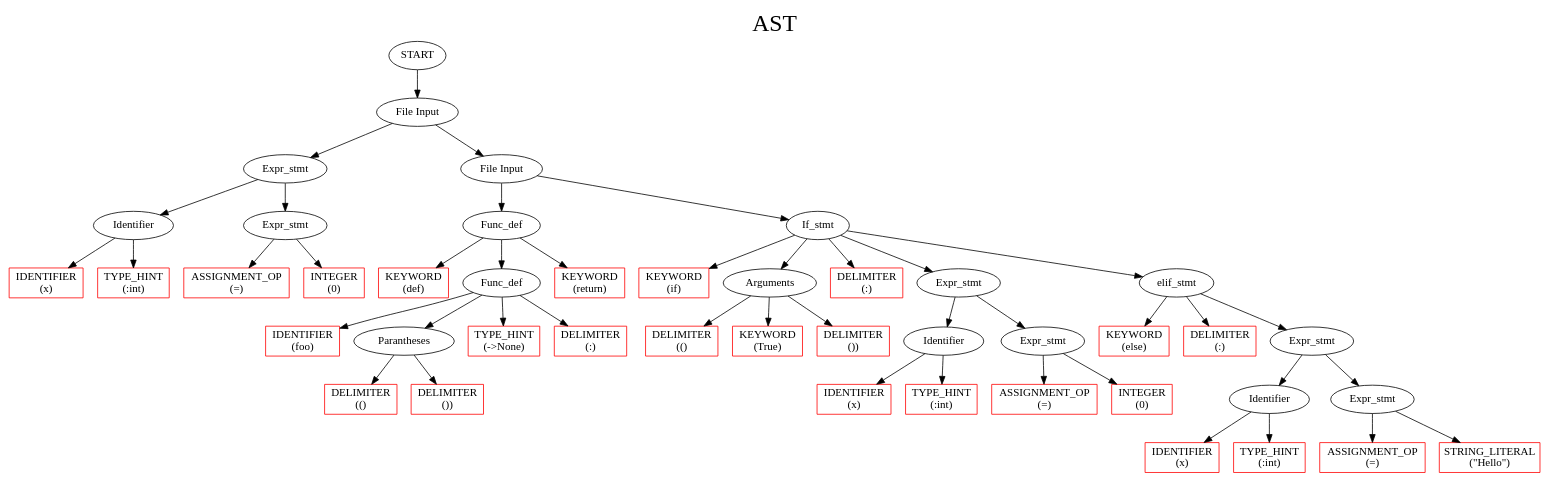
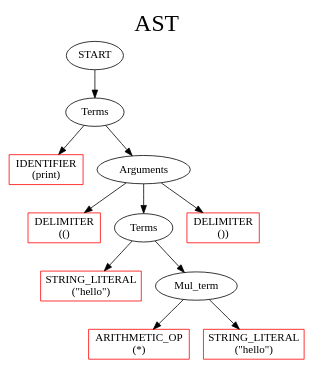
Before and after one commit to depanshu357/CS335-Compiler: the diagram in output.dot, drawn with Graphviz. The commit also changed 5 other files, not shown here.

```diff
--- a/output.dot
+++ b/output.dot
@@ -1,122 +1,36 @@
 digraph G{
 
 label     = "AST"
 fontname  = "Cascadia code"
 fontsize  = 30
 labelloc  = t
 
 node   [ fontname="Cascadia code" ]
-	126		[ style = solid label = "START"  ];
-	126 -> 125
-	125		[ style = solid label = "File Input"  ];
-	125 -> 26
-	26		[ style = solid label = "Expr_stmt"  ];
-	26 -> 2
-	2		[ style = solid label = "Identifier"  ];
-	2 -> 0
+	32		[ style = solid label = "START"  ];
+	32 -> 20
+	20		[ style = solid label = "Terms"  ];
+	20 -> 0
 	0		[ style = solid label = "IDENTIFIER 
-(x)" color = red shape = rectangle ];
-	2 -> 1
-	1		[ style = solid label = "TYPE_HINT 
-(:int)" color = red shape = rectangle ];
-	26 -> 25
-	25		[ style = solid label = "Expr_stmt"  ];
-	25 -> 3
-	3		[ style = solid label = "ASSIGNMENT_OP 
-(=)" color = red shape = rectangle ];
-	25 -> 14
-	14		[ style = solid label = "INTEGER 
-(0)" color = red shape = rectangle ];
-	125 -> 124
-	124		[ style = solid label = "File Input"  ];
-	124 -> 38
-	38		[ style = solid label = "Func_def"  ];
-	38 -> 28
-	28		[ style = solid label = "KEYWORD 
-(def)" color = red shape = rectangle ];
-	38 -> 35
-	35		[ style = solid label = "Func_def"  ];
-	35 -> 29
-	29		[ style = solid label = "IDENTIFIER 
-(foo)" color = red shape = rectangle ];
-	35 -> 32
-	32		[ style = solid label = "Parantheses"  ];
-	32 -> 30
-	30		[ style = solid label = "DELIMITER 
+(print)" color = red shape = rectangle ];
+	20 -> 18
+	18		[ style = solid label = "Arguments"  ];
+	18 -> 1
+	1		[ style = solid label = "DELIMITER 
 (()" color = red shape = rectangle ];
-	32 -> 31
-	31		[ style = solid label = "DELIMITER 
+	18 -> 10
+	10		[ style = solid label = "Terms"  ];
+	10 -> 2
+	2		[ style = solid label = "STRING_LITERAL 
+(\"hello\")" color = red shape = rectangle ];
+	10 -> 8
+	8		[ style = solid label = "Mul_term"  ];
+	8 -> 3
+	3		[ style = solid label = "ARITHMETIC_OP 
+(*)" color = red shape = rectangle ];
+	8 -> 5
+	5		[ style = solid label = "STRING_LITERAL 
+(\"hello\")" color = red shape = rectangle ];
+	18 -> 6
+	6		[ style = solid label = "DELIMITER 
 ())" color = red shape = rectangle ];
-	35 -> 33
-	33		[ style = solid label = "TYPE_HINT 
-(->None)" color = red shape = rectangle ];
-	35 -> 34
-	34		[ style = solid label = "DELIMITER 
-(:)" color = red shape = rectangle ];
-	38 -> 36
-	36		[ style = solid label = "KEYWORD 
-(return)" color = red shape = rectangle ];
-	124 -> 122
-	122		[ style = solid label = "If_stmt"  ];
-	122 -> 39
-	39		[ style = solid label = "KEYWORD 
-(if)" color = red shape = rectangle ];
-	122 -> 52
-	52		[ style = solid label = "Arguments"  ];
-	52 -> 40
-	40		[ style = solid label = "DELIMITER 
-(()" color = red shape = rectangle ];
-	52 -> 41
-	41		[ style = solid label = "KEYWORD 
-(True)" color = red shape = rectangle ];
-	52 -> 42
-	42		[ style = solid label = "DELIMITER 
-())" color = red shape = rectangle ];
-	122 -> 53
-	53		[ style = solid label = "DELIMITER 
-(:)" color = red shape = rectangle ];
-	122 -> 89
-	89		[ style = solid label = "Expr_stmt"  ];
-	89 -> 65
-	65		[ style = solid label = "Identifier"  ];
-	65 -> 63
-	63		[ style = solid label = "IDENTIFIER 
-(x)" color = red shape = rectangle ];
-	65 -> 64
-	64		[ style = solid label = "TYPE_HINT 
-(:int)" color = red shape = rectangle ];
-	89 -> 88
-	88		[ style = solid label = "Expr_stmt"  ];
-	88 -> 66
-	66		[ style = solid label = "ASSIGNMENT_OP 
-(=)" color = red shape = rectangle ];
-	88 -> 77
-	77		[ style = solid label = "INTEGER 
-(0)" color = red shape = rectangle ];
-	122 -> 121
-	121		[ style = solid label = "elif_stmt"  ];
-	121 -> 91
-	91		[ style = solid label = "KEYWORD 
-(else)" color = red shape = rectangle ];
-	121 -> 92
-	92		[ style = solid label = "DELIMITER 
-(:)" color = red shape = rectangle ];
-	121 -> 119
-	119		[ style = solid label = "Expr_stmt"  ];
-	119 -> 95
-	95		[ style = solid label = "Identifier"  ];
-	95 -> 93
-	93		[ style = solid label = "IDENTIFIER 
-(x)" color = red shape = rectangle ];
-	95 -> 94
-	94		[ style = solid label = "TYPE_HINT 
-(:int)" color = red shape = rectangle ];
-	119 -> 118
-	118		[ style = solid label = "Expr_stmt"  ];
-	118 -> 96
-	96		[ style = solid label = "ASSIGNMENT_OP 
-(=)" color = red shape = rectangle ];
-	118 -> 107
-	107		[ style = solid label = "STRING_LITERAL 
-(\"Hello\")" color = red shape = rectangle ];
 }
```
